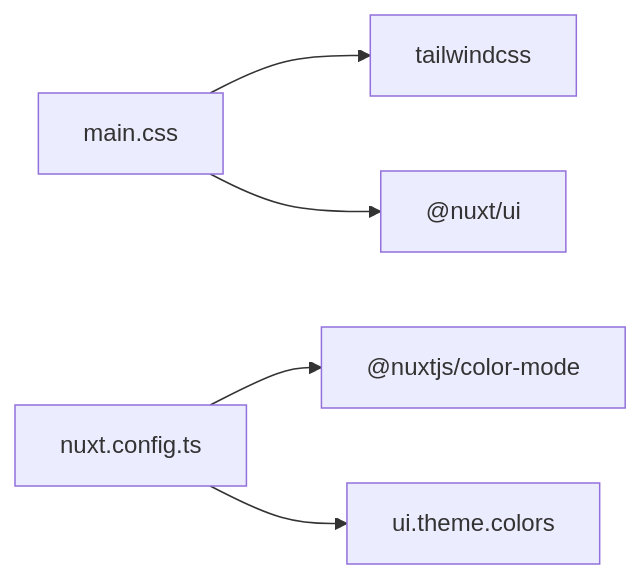
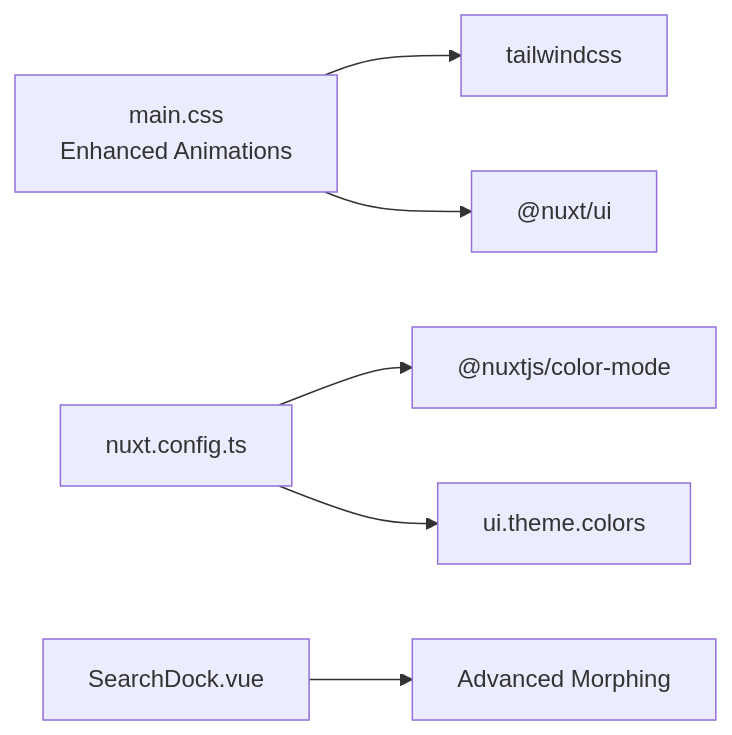
The seventh of 7 diagrams in .qoder/repowiki/en/content/Styling & Theming.md (RaccoonPie-314/Raccoon-Gear-Bin), drawn with Mermaid before and after one commit. The commit also changed other lines of this file and 51 other files, not shown here.

````diff
--- a/.qoder/repowiki/en/content/Styling & Theming.md
+++ b/.qoder/repowiki/en/content/Styling & Theming.md
@@ -206,7 +301,8 @@
 ```mermaid
 graph LR
-MainCSS["main.css"] --> Tailwind["tailwindcss"]
+MainCSS["main.css<br/>Enhanced Animations"] --> Tailwind["tailwindcss"]
 MainCSS --> NuxtUI["@nuxt/ui"]
 NuxtConfig["nuxt.config.ts"] --> ColorMode["@nuxtjs/color-mode"]
 NuxtConfig --> NuxtUIConfig["ui.theme.colors"]
+SearchDock["SearchDock.vue"] --> Morphing["Advanced Morphing"]
 ```
````
